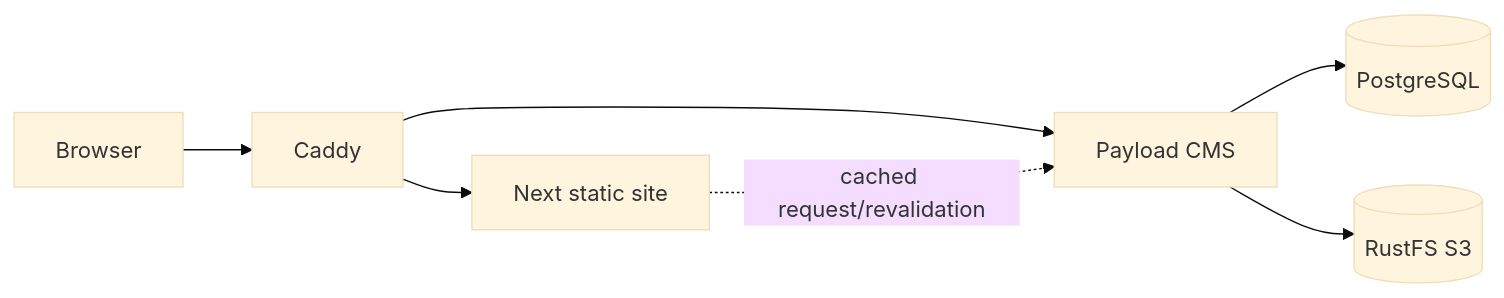
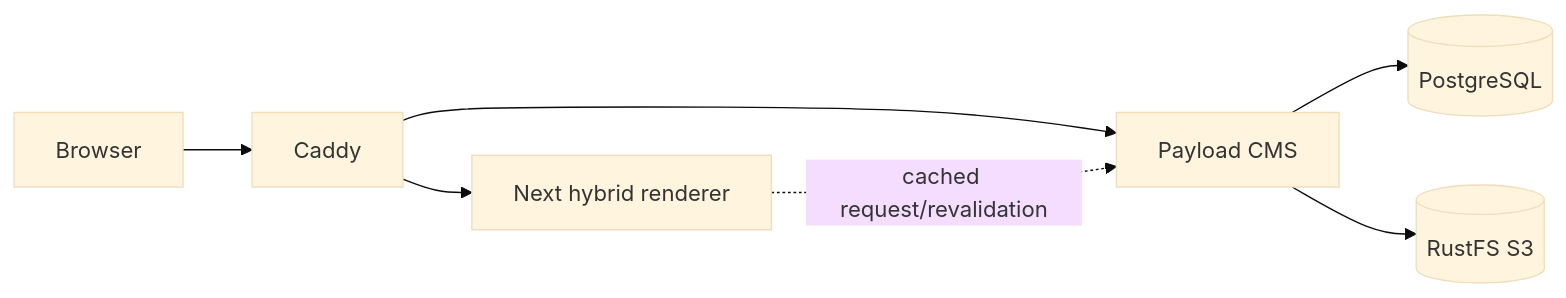
One commit to jdc-projects/payload-multi-tenant-demo changed the diagram in docs/specs/architecture/system.md. Above: the diagram before and after it, drawn with Mermaid (base theme). The commit also changed 8 other files, not shown here.

````diff
--- a/docs/specs/architecture/system.md
+++ b/docs/specs/architecture/system.md
@@ -22,9 +22,9 @@
 ```mermaid
 flowchart LR
   Browser --> Caddy
-  Caddy --> Web[Next static site]
+  Caddy --> Web[Next hybrid renderer]
   Caddy --> CMS[Payload CMS]
   CMS --> Postgres[(PostgreSQL)]
   CMS --> Media[(RustFS S3)]
   Web -. cached request/revalidation .-> CMS
 ```
````
